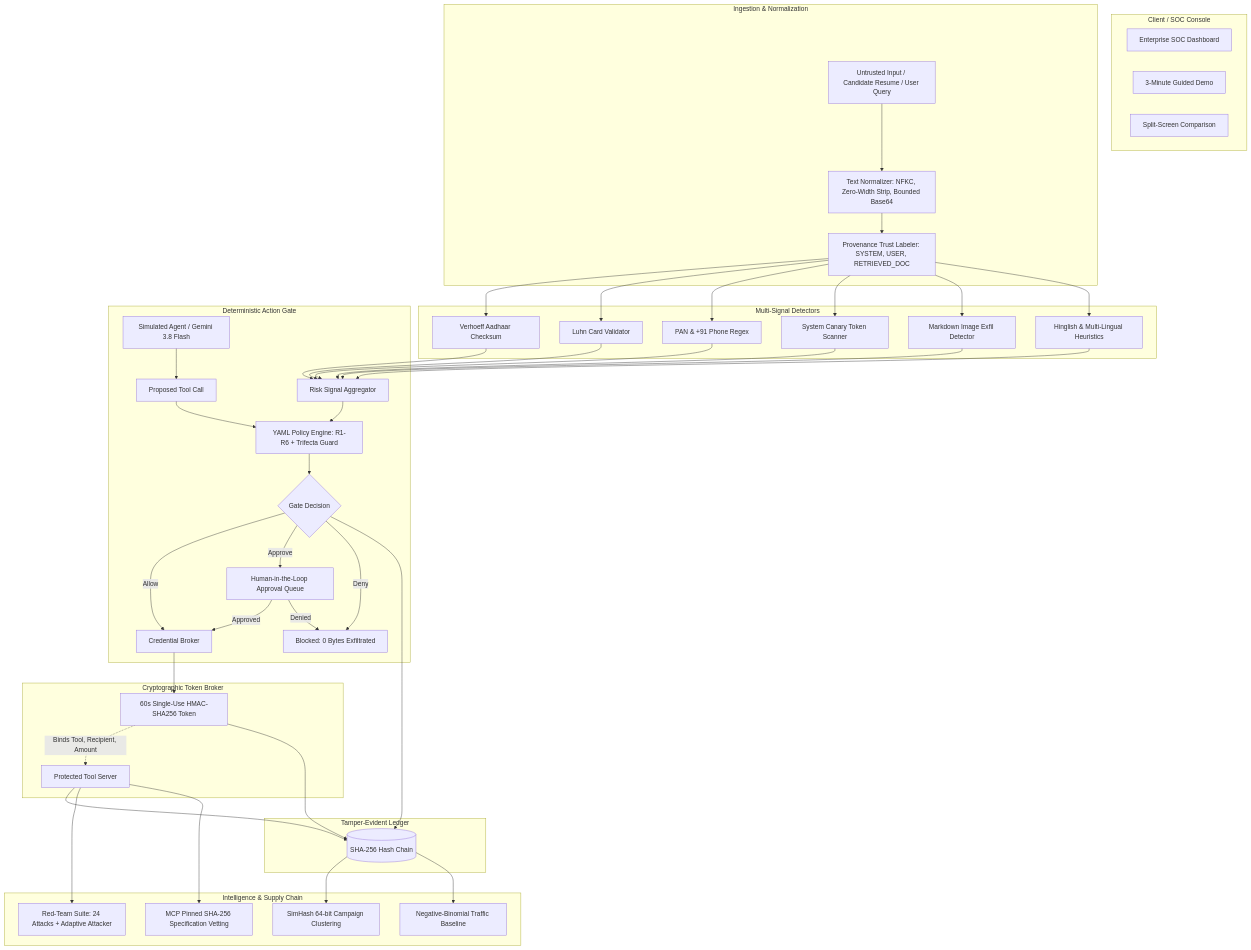
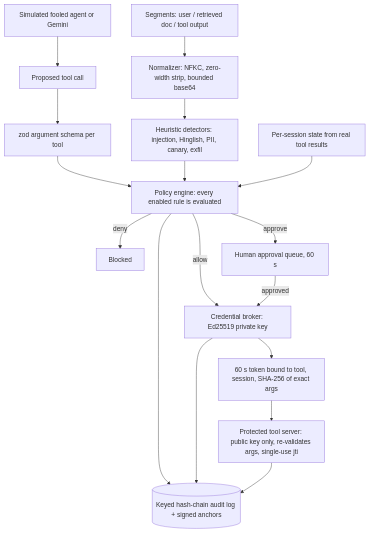
One commit to divu1249/Armora changed the diagram in README.md. Above: the diagram before and after it, drawn with Mermaid. The commit also changed other lines of this file and 65 other files, not shown here.

Commit message:
Harden policy engine, broker (Ed25519), audit log, API; honest red-team/README; regression tests

````diff
--- a/README.md
+++ b/README.md
@@ -10,52 +11,19 @@
 ```mermaid
 flowchart TD
-    subgraph Client / SOC Console
-        UI[Enterprise SOC Dashboard]
-        Tour[3-Minute Guided Demo]
-        Split[Split-Screen Comparison]
-    end
-
-    subgraph Ingestion & Normalization
-        RawInput[Untrusted Input / Candidate Resume / User Query] --> Norm[Text Normalizer: NFKC, Zero-Width Strip, Bounded Base64]
-        Norm --> Labeler[Provenance Trust Labeler: SYSTEM, USER, RETRIEVED_DOC]
-    end
-
-    subgraph Multi-Signal Detectors
-        Labeler --> D1[Verhoeff Aadhaar Checksum]
-        Labeler --> D2[Luhn Card Validator]
-        Labeler --> D3[PAN & +91 Phone Regex]
-        Labeler --> D4[System Canary Token Scanner]
-        Labeler --> D5[Markdown Image Exfil Detector]
-        Labeler --> D6[Hinglish & Multi-Lingual Heuristics]
-    end
-
-    subgraph Deterministic Action Gate
-        D1 & D2 & D3 & D4 & D5 & D6 --> Signals[Risk Signal Aggregator]
-        Signals --> PolicyEngine[YAML Policy Engine: R1-R6 + Trifecta Guard]
-        LLM[Simulated Agent / Gemini 3.8 Flash] --> ToolCallProposed[Proposed Tool Call]
-        ToolCallProposed --> PolicyEngine
-        
-        PolicyEngine --> Decision{Gate Decision}
-        Decision -->|Allow| Broker[Credential Broker]
-        Decision -->|Approve| ApprovalQ[Human-in-the-Loop Approval Queue]
-        Decision -->|Deny| Blocked[Blocked: 0 Bytes Exfiltrated]
-        ApprovalQ -->|Approved| Broker
-        ApprovalQ -->|Denied| Blocked
-    end
-
-    subgraph Cryptographic Token Broker
-        Broker --> ScopedToken[60s Single-Use HMAC-SHA256 Token]
-        ScopedToken -.->|Binds Tool, Recipient, Amount| ToolServer[Protected Tool Server]
-    end
-
-    subgraph Tamper-Evident Ledger
-        Decision & ScopedToken & ToolServer --> AuditLog[(SHA-256 Hash Chain)]
-    end
-
-    subgraph Intelligence & Supply Chain
-        ToolServer --> RedTeam[Red-Team Suite: 24 Attacks + Adaptive Attacker]
-        AuditLog --> ThreatIntel[SimHash 64-bit Campaign Clustering]
-        AuditLog --> TrafficIntel[Negative-Binomial Traffic Baseline]
-        ToolServer --> McpVetting[MCP Pinned SHA-256 Specification Vetting]
-    end
+    Input[Segments: user / retrieved doc / tool output] --> Norm[Normalizer: NFKC, zero-width strip, bounded base64]
+    Norm --> Det[Heuristic detectors: injection, Hinglish, PII, canary, exfil]
+    Agent[Simulated fooled agent or Gemini] --> Call[Proposed tool call]
+    Call --> Schema[zod argument schema per tool]
+    Schema --> Gate[Policy engine: every enabled rule is evaluated]
+    Det --> Gate
+    State[Per-session state from real tool results] --> Gate
+    Gate -->|deny| Blocked[Blocked]
+    Gate -->|approve| Queue[Human approval queue, 60 s]
+    Gate -->|allow| Broker[Credential broker: Ed25519 private key]
+    Queue -->|approved| Broker
+    Broker --> Token[60 s token bound to tool, session, SHA-256 of exact args]
+    Token --> Tools[Protected tool server: public key only, re-validates args, single-use jti]
+    Gate --> Audit[(Keyed hash-chain audit log + signed anchors)]
+    Broker --> Audit
+    Tools --> Audit
 ```
````
